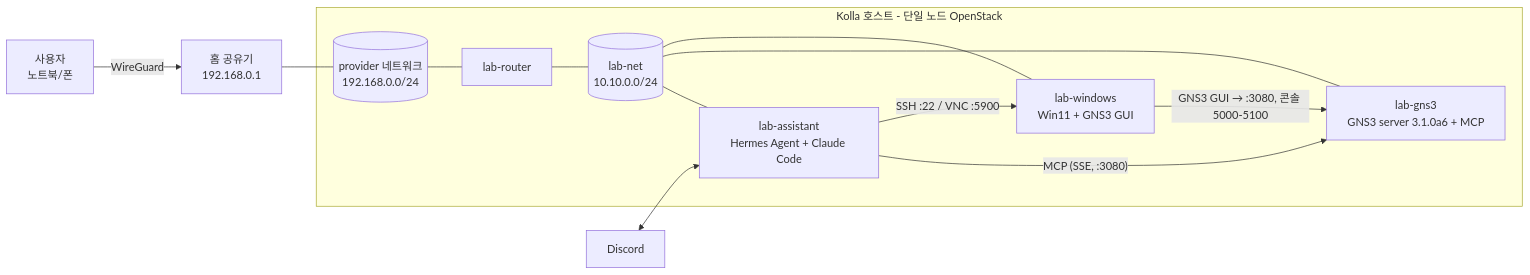
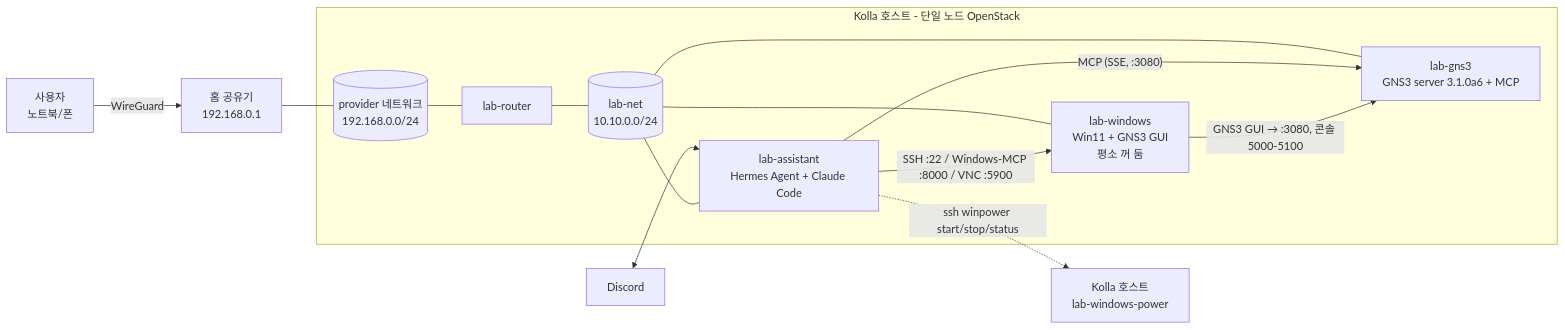
The diagram in README.md (Nekonic/homelab-agent), drawn with Mermaid before and after one commit. The commit also changed other lines of this file and 20 other files, not shown here.

````diff
--- a/README.md
+++ b/README.md
@@ -18,16 +20,17 @@
 ```mermaid
 flowchart LR
     U[사용자<br/>노트북/폰] -- WireGuard --> R[홈 공유기<br/>192.168.0.1]
     D[Discord] <--> A
     R --- LAN[(provider 네트워크<br/>192.168.0.0/24)]
     subgraph Kolla 호스트 - 단일 노드 OpenStack
         LAN --- QR[lab-router]
         QR --- LN[(lab-net<br/>10.10.0.0/24)]
         LN --- A[lab-assistant<br/>Hermes Agent + Claude Code]
         LN --- G[lab-gns3<br/>GNS3 server 3.1.0a6 + MCP]
-        LN --- W[lab-windows<br/>Win11 + GNS3 GUI]
+        LN --- W[lab-windows<br/>Win11 + GNS3 GUI<br/>평소 꺼 둠]
     end
     A -- "MCP (SSE, :3080)" --> G
-    A -- "SSH :22 / VNC :5900" --> W
+    A -- "SSH :22 / Windows-MCP :8000 / VNC :5900" --> W
+    A -. "ssh winpower start/stop/status" .-> K[Kolla 호스트<br/>lab-windows-power]
     W -- "GNS3 GUI → :3080, 콘솔 5000-5100" --> G
 ```
````
